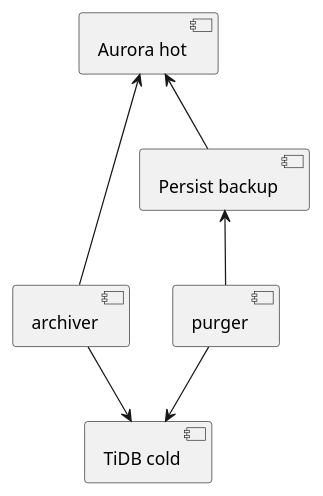
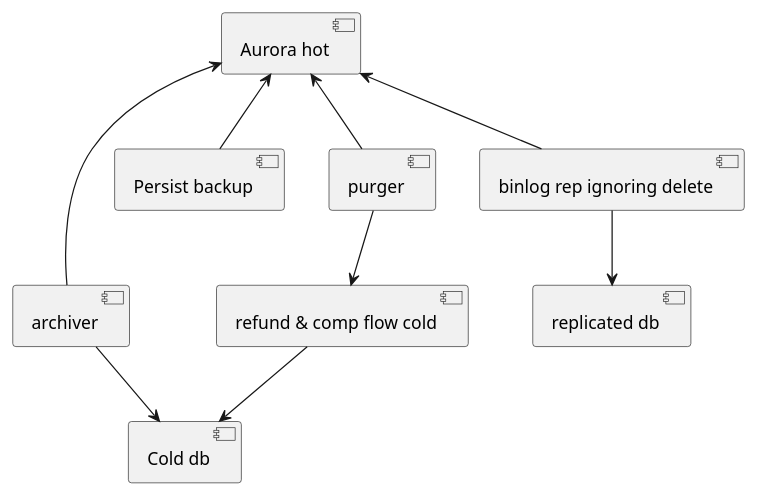
Before and after one commit to george24601/notes: the second of 5 diagrams in mgmt/plan.plantuml, drawn with PlantUML. The commit also changed other lines of this file and 13 other files, not shown here.

```diff
--- a/mgmt/plan.plantuml
+++ b/mgmt/plan.plantuml
@@ -14,12 +14,18 @@
 @startuml
 [Aurora hot] <-- [archiver]
 
 [Aurora hot] <-- [Persist backup]
 
-[archiver] --> [TiDB cold]
+[archiver] --> [Cold db]
 
-[Persist backup] <-- [purger] 
+[purger] --> [refund & comp flow cold] 
 
-[purger] --> [TiDB cold]
+[refund & comp flow cold] --> [Cold db]  
+
+[Aurora hot] <-- [purger] 
+
+[Aurora hot] <-- [binlog rep ignoring delete] 
+
+[binlog rep ignoring delete] --> [replicated db]
 
 @enduml
```
